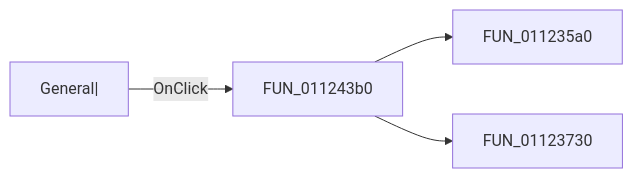
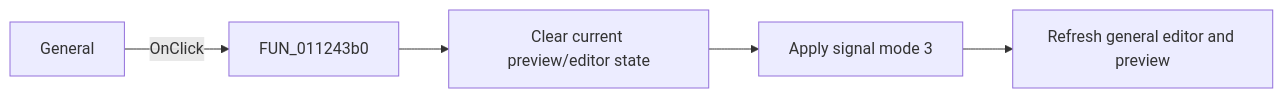
Before and after one commit to MovGP0/TIARA: the diagram in docs/ui-controls/signaleditordlg/sbtngeneral-75d6a2469b.md, drawn with Mermaid. The commit also changed other lines of this file and 1062 other files, not shown here.

````diff
--- a/docs/ui-controls/signaleditordlg/sbtngeneral-75d6a2469b.md
+++ b/docs/ui-controls/signaleditordlg/sbtngeneral-75d6a2469b.md
@@ -27,6 +33,7 @@
 ```mermaid
 flowchart LR
-    control["General|"] -->|OnClick| handler["FUN_011243b0"]
-    handler --> call1["FUN_011235a0"]
-    handler --> call2["FUN_01123730"]
+    control["General"] -->|"OnClick"| handler["FUN_011243b0"]
+    handler --> clear["Clear current preview/editor state"]
+    clear --> select["Apply signal mode 3"]
+    select --> refresh["Refresh general editor and preview"]
 ```
````
